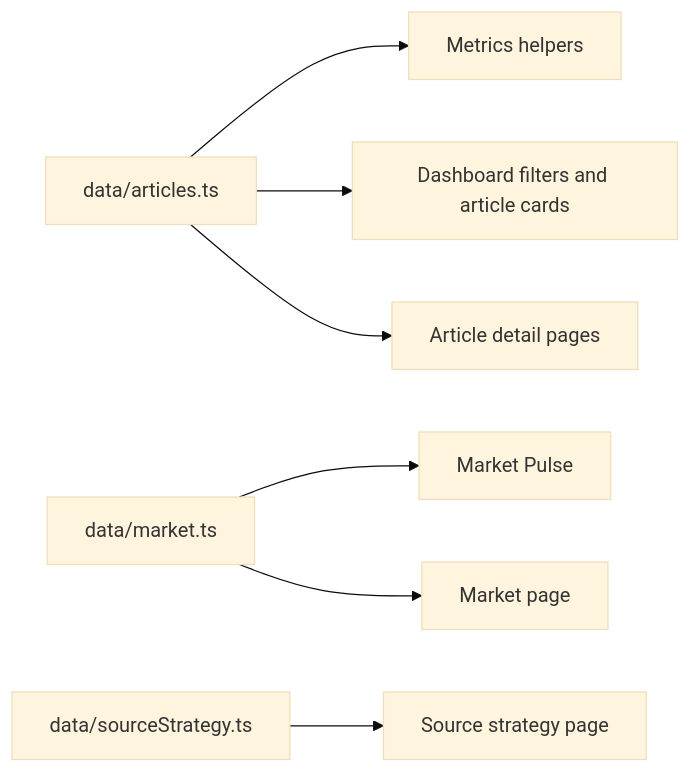
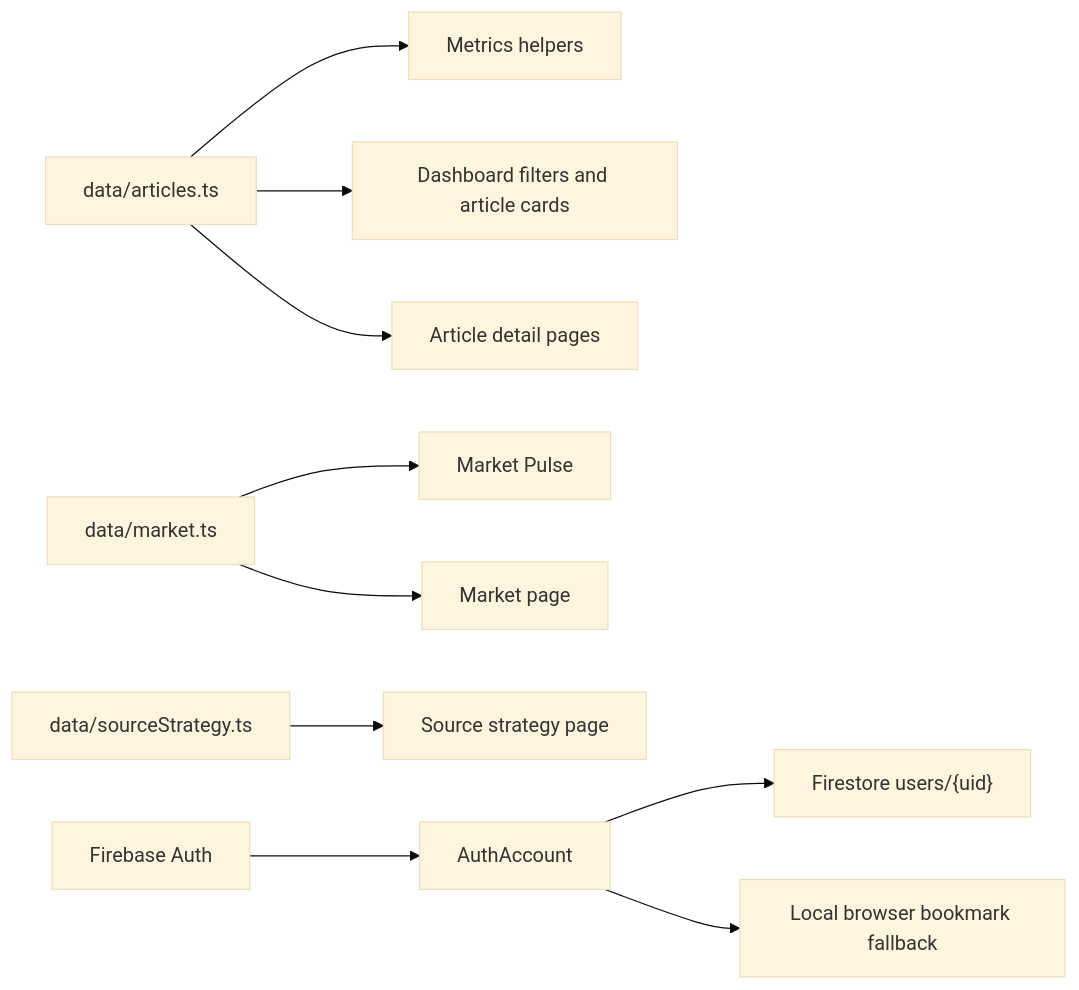
One commit to ethankim417/LoreEngine changed the first of 2 diagrams in docs/ARCHITECTURE.md. Above: the diagram before and after it, drawn with Mermaid (base theme). The commit also changed other lines of this file and 5 other files, not shown here.

````diff
--- a/docs/ARCHITECTURE.md
+++ b/docs/ARCHITECTURE.md
@@ -46,9 +50,12 @@
 ```mermaid
 flowchart LR
   A["data/articles.ts"] --> B["Metrics helpers"]
   A --> C["Dashboard filters and article cards"]
   A --> D["Article detail pages"]
   E["data/market.ts"] --> F["Market Pulse"]
   E --> G["Market page"]
   H["data/sourceStrategy.ts"] --> I["Source strategy page"]
+  J["Firebase Auth"] --> K["AuthAccount"]
+  K --> L["Firestore users/{uid}"]
+  K --> M["Local browser bookmark fallback"]
 ```
````
